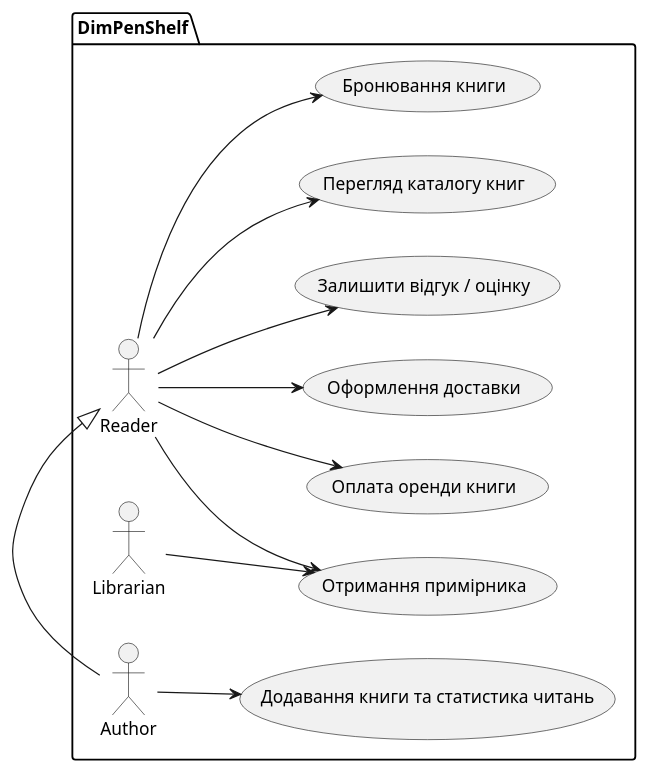
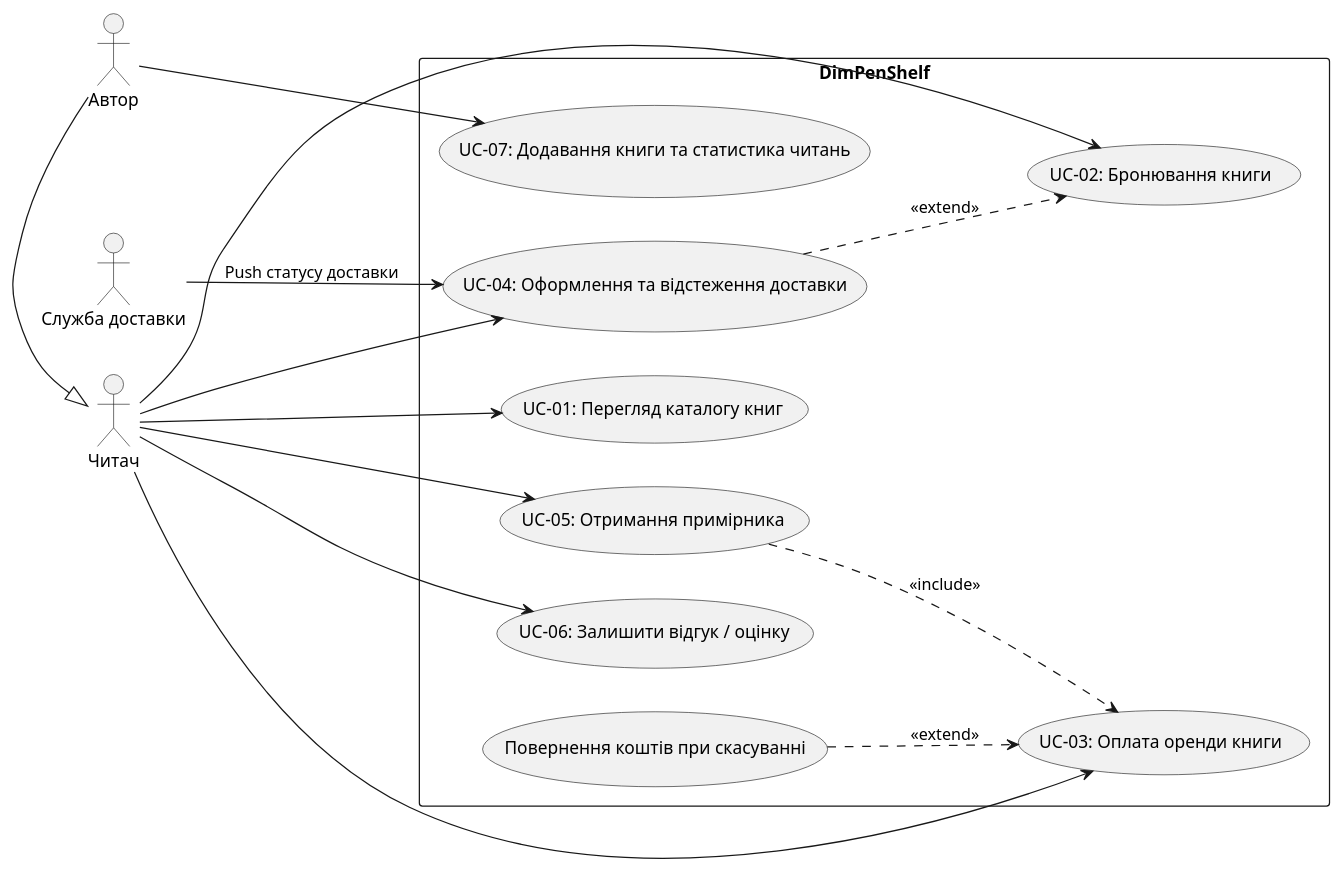
Before and after one commit to dimpennn/KPI-2: the diagram in Lab2/use-case-diagram.puml, drawn with PlantUML. The commit also changed 5 other files, not shown here.

```diff
--- a/Lab2/use-case-diagram.puml
+++ b/Lab2/use-case-diagram.puml
@@ -1,38 +1,45 @@
 @startuml
 skinparam monochrome true
 skinparam shadowing false
 left to right direction
 
-package "DimPenShelf" {
+actor "Читач" as Reader
+actor "Автор" as Author
+actor "Служба доставки" as DeliveryService
 
-  actor "Reader" as Reader
-  actor "Author" as Author
-  actor "Librarian" as Librarian
+' Автор успадковує всі права Читача
+Author -|> Reader
 
-  ''' Author успадковує всі права Читача '''
-  Author -|> Reader
+rectangle "DimPenShelf" {
+  usecase "UC-01: Перегляд каталогу книг" as UC1
+  usecase "UC-02: Бронювання книги" as UC2
+  usecase "UC-03: Оплата оренди книги" as UC3
+  usecase "UC-04: Оформлення та відстеження доставки" as UC4
+  usecase "UC-05: Отримання примірника" as UC5
+  usecase "UC-06: Залишити відгук / оцінку" as UC6
+  usecase "UC-07: Додавання книги та статистика читань" as UC7
+  usecase "Повернення коштів при скасуванні" as ExtPayRefund
 
-  usecase "Перегляд каталогу книг" as UC1
-  usecase "Бронювання книги" as UC2
-  usecase "Оплата оренди книги" as UC3
-  usecase "Оформлення доставки" as UC4
-  usecase "Отримання примірника" as UC5
-  usecase "Залишити відгук / оцінку" as UC6
-  usecase "Додавання книги та статистика читань" as UC7
+  ' Обов'язкове включення: отримання примірника вимагає оплати оренди
+  UC5 ..> UC3 : <<include>>
 
-  ''' Читач '''
-  Reader --> UC1
-  Reader --> UC2
-  Reader --> UC3
-  Reader --> UC4
-  Reader --> UC5
-  Reader --> UC6
-
-  ''' Автор '''
-  Author --> UC7
-
-  ''' Бібліотекар видає примірник '''
-  Librarian --> UC5
+  ' Опціональні/умовні розширення (стрілка ВІД розширення ДО базового прецедента)
+  UC4 ..> UC2 : <<extend>>
+  ExtPayRefund ..> UC3 : <<extend>>
 }
 
+' Зв'язки Читача
+Reader --> UC1
+Reader --> UC2
+Reader --> UC3
+Reader --> UC4
+Reader --> UC5
+Reader --> UC6
+
+' Зв'язки Автора
+Author --> UC7
+
+' Служба доставки сама ініціює взаємодію (push статусу доставки)
+DeliveryService --> UC4 : "Push статусу доставки"
+
 @enduml
```
